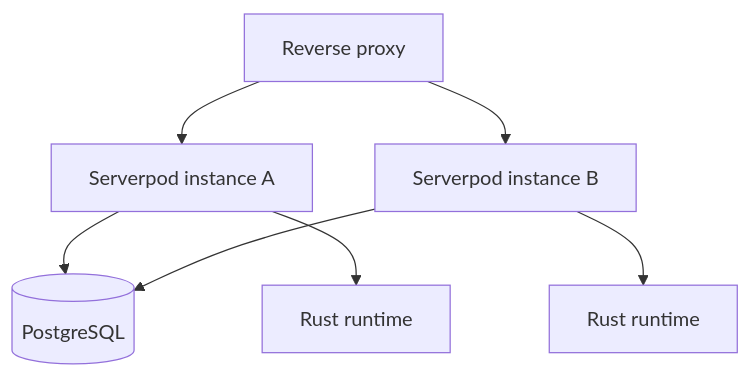
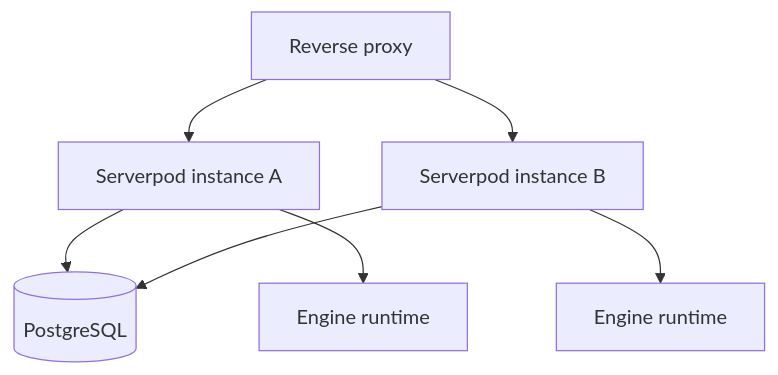
One commit to ernestwisniewski/age-of-new-worlds changed the first of 2 diagrams in docs/multiplayer-scale-out.md. Above: the diagram before and after it, drawn with Mermaid. The commit also changed other lines of this file and 80 other files, not shown here.

Commit message:
Finalize the project architecture and toolchain gates

````diff
--- a/docs/multiplayer-scale-out.md
+++ b/docs/multiplayer-scale-out.md
@@ -8,9 +8,9 @@
 ```mermaid
 flowchart TB
   LB["Reverse proxy"] --> A["Serverpod instance A"]
   LB --> B["Serverpod instance B"]
   A --> DB[(PostgreSQL)]
   B --> DB
-  A --> RA["Rust runtime"]
-  B --> RB["Rust runtime"]
+  A --> RA["Engine runtime"]
+  B --> RB["Engine runtime"]
 ```
````
